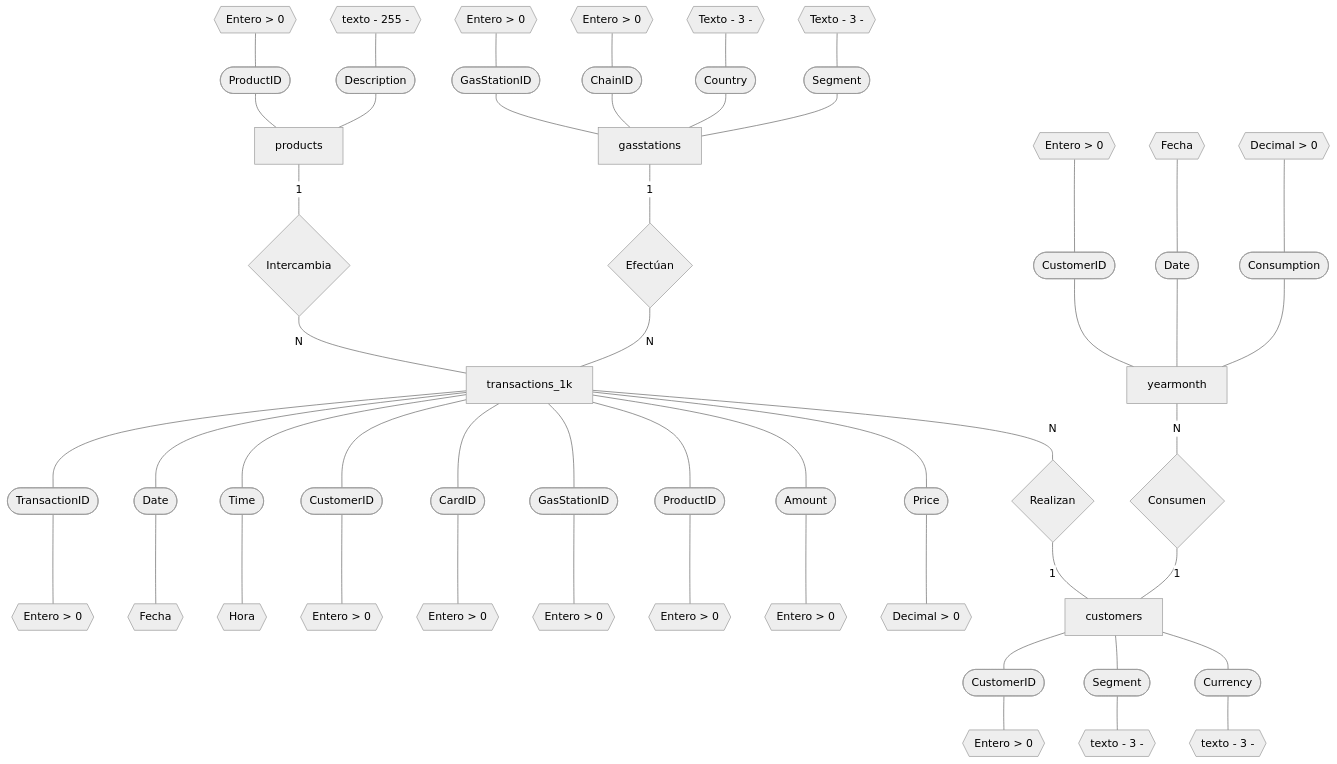
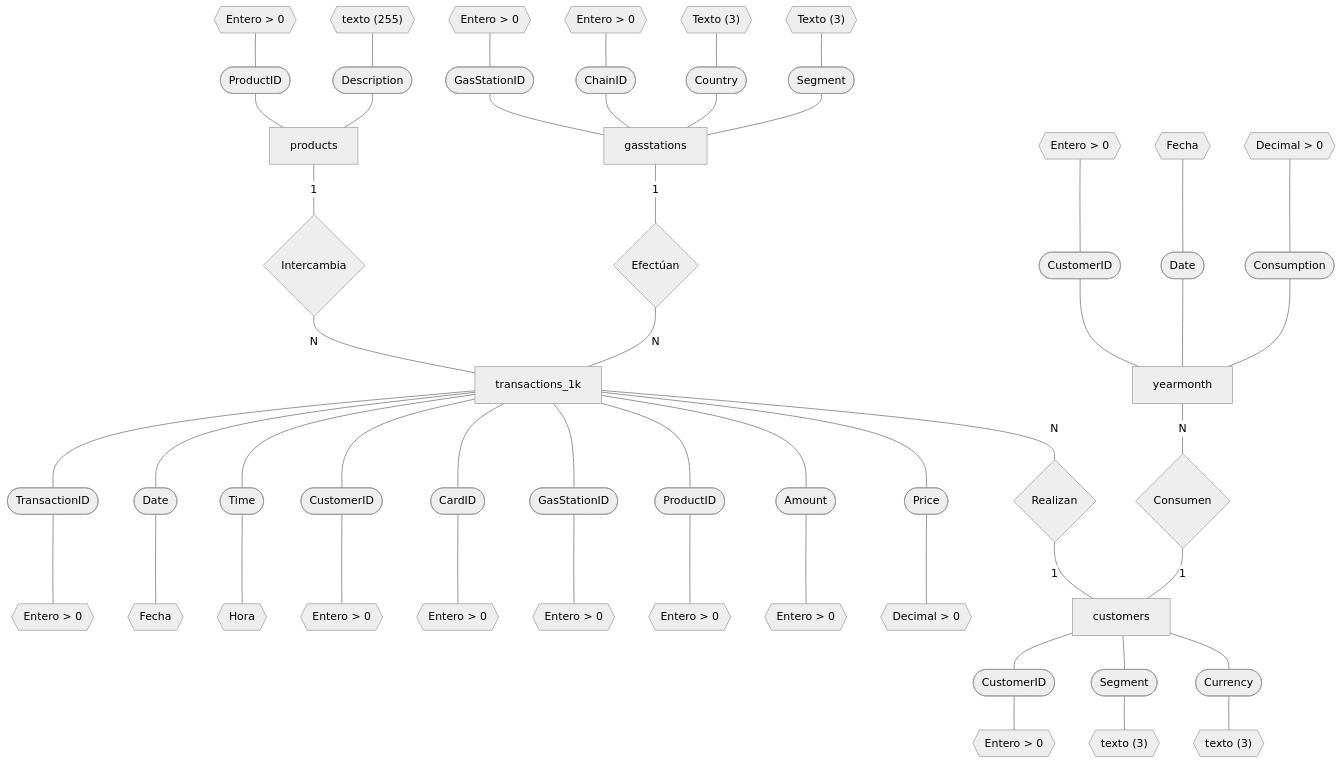
The diagram in Tareas/Tarea2.md (SandraCavazos/BDR), drawn with Mermaid (neutral theme) before and after one commit. The commit also changed other lines of this file, not shown here.

````diff
--- a/Tareas/Tarea2.md
+++ b/Tareas/Tarea2.md
@@ -7,32 +7,32 @@
 ```mermaid
 flowchart BT
     d1{{Entero > 0}} --- a1([TransactionID])--- transactions_1k
     d2{{Fecha}} --- a2([Date])--- transactions_1k
     d3{{Hora}} --- a3([Time]) ---transactions_1k
     d4{{Entero > 0}}--- a4([CustomerID]) --- transactions_1k
     d5{{Entero > 0}}--- a5([CardID]) --- transactions_1k
     d6{{Entero > 0}}--- a6([GasStationID])---transactions_1k
     d7{{Entero > 0}}--- a7([ProductID])---transactions_1k
     d8{{Entero > 0}}--- a8([Amount])---transactions_1k
     d9{{Decimal > 0}}--- a9([Price])---transactions_1k
 
     transactions_1k---|N|r1{Intercambia}---|1|products
     products---a10([ProductID])---d10{{Entero > 0}}
-    products---a11([Description])---d11{{texto - 255 -}}
+    products---a11([Description])---d11{{"texto (255)"}}
 
     customers---|1|r2{Realizan}---|N|transactions_1k
     d12{{Entero > 0}}---a12([CustomerID])---customers
-    d13{{texto - 3 -}}---a13([Segment])---customers
-    d14{{texto - 3 -}}---a14([Currency])---customers
+    d13{{"texto (3)"}}---a13([Segment])---customers
+    d14{{"texto (3)"}}---a14([Currency])---customers
 
     customers---|1|r3{Consumen}---|N|yearmonth
     yearmonth---a15([CustomerID])---d15{{Entero > 0}}
     yearmonth---a16([Date])---d16{{Fecha}}
     yearmonth---a17([Consumption])---d17{{Decimal > 0}}
 
     transactions_1k---|N|r4{Efectúan}---|1|gasstations
     gasstations---a18([GasStationID])---d18{{Entero > 0}}
     gasstations---a19([ChainID])---d19{{Entero > 0}}
-    gasstations---a20([Country])---d20{{Texto - 3 -}}
-    gasstations---a21([Segment])---d21{{Texto - 3 -}}
+    gasstations---a20([Country])---d20{{"Texto (3)"}}
+    gasstations---a21([Segment])---d21{{"Texto (3)"}}
 ```
````
